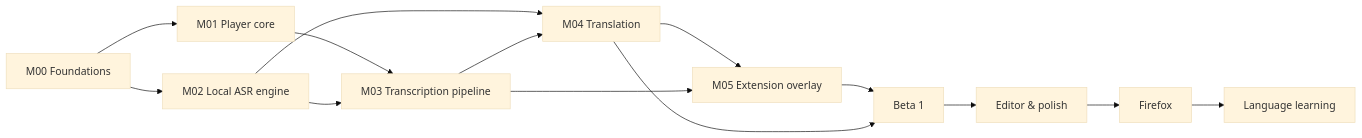
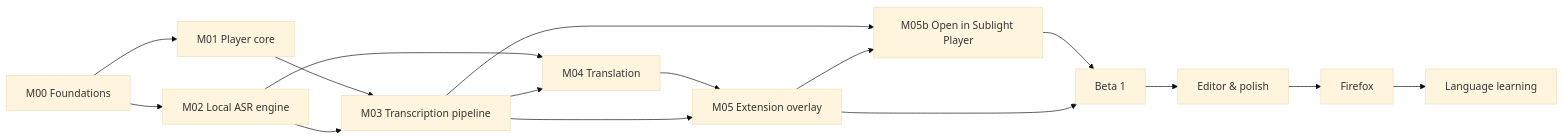
One commit to ABakdi/sublight changed the diagram in docs/plan/Roadmap.md. Above: the diagram before and after it, drawn with Mermaid (base theme). The commit also changed other lines of this file and 2 other files, not shown here.

Commit message:
docs(plan): add milestone M05b and wire it into roadmap and plan index

````diff
--- a/docs/plan/Roadmap.md
+++ b/docs/plan/Roadmap.md
@@ -11,16 +11,18 @@
 ```mermaid
 flowchart LR
   M00[M00 Foundations] --> M01[M01 Player core]
   M00 --> M02[M02 Local ASR engine]
   M01 --> M03[ M03 Transcription pipeline]
   M02 --> M03
   M02 --> M04[ M04 Translation]
   M03 --> M04
   M04 --> M05[ M05 Extension overlay]
   M03 --> M05
-  M05 --> M06[Beta 1]
-  M04 --> M06
+  M03 --> M05b[ M05b Open in Sublight Player]
+  M05 --> M05b
+  M05b --> M06[Beta 1]
+  M05 --> M06
   M06 --> M07[Editor & polish]
   M07 --> M08[Firefox]
   M08 --> M09[Language learning]
 ```
````
